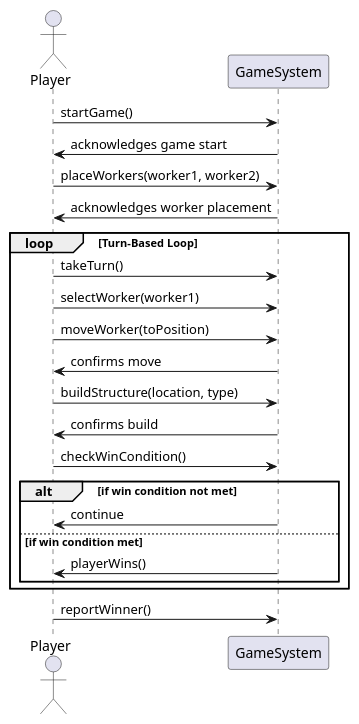
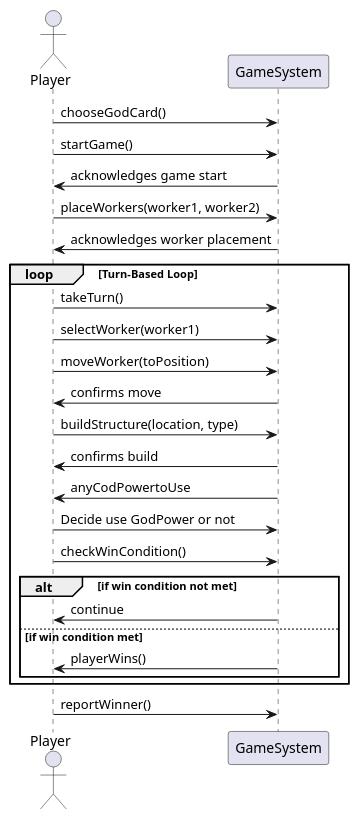
The diagram in backend/2-System Sequence Diagram.puml (Elon-M08/hw2a), drawn with PlantUML before and after one commit. The commit also changed 43 other files, not shown here.

```diff
--- a/backend/2-System Sequence Diagram.puml
+++ b/backend/2-System Sequence Diagram.puml
@@ -1,28 +1,30 @@
 @startuml
 actor Player
-
+Player -> GameSystem : chooseGodCard()
 Player -> GameSystem : startGame()
 GameSystem -> Player : acknowledges game start
 
 Player -> GameSystem : placeWorkers(worker1, worker2)
 GameSystem -> Player : acknowledges worker placement
 
 loop Turn-Based Loop
     Player -> GameSystem : takeTurn()
     Player -> GameSystem : selectWorker(worker1)
     Player -> GameSystem : moveWorker(toPosition)
     GameSystem -> Player : confirms move
 
     Player -> GameSystem : buildStructure(location, type)
     GameSystem -> Player : confirms build
+    GameSystem -> Player : anyCodPowertoUse
+    Player -> GameSystem : Decide use GodPower or not
 
     Player -> GameSystem : checkWinCondition()
     alt if win condition not met
         GameSystem -> Player : continue
     else if win condition met
         GameSystem -> Player : playerWins()
     end
 end
 
 Player -> GameSystem : reportWinner()
 @enduml
```
